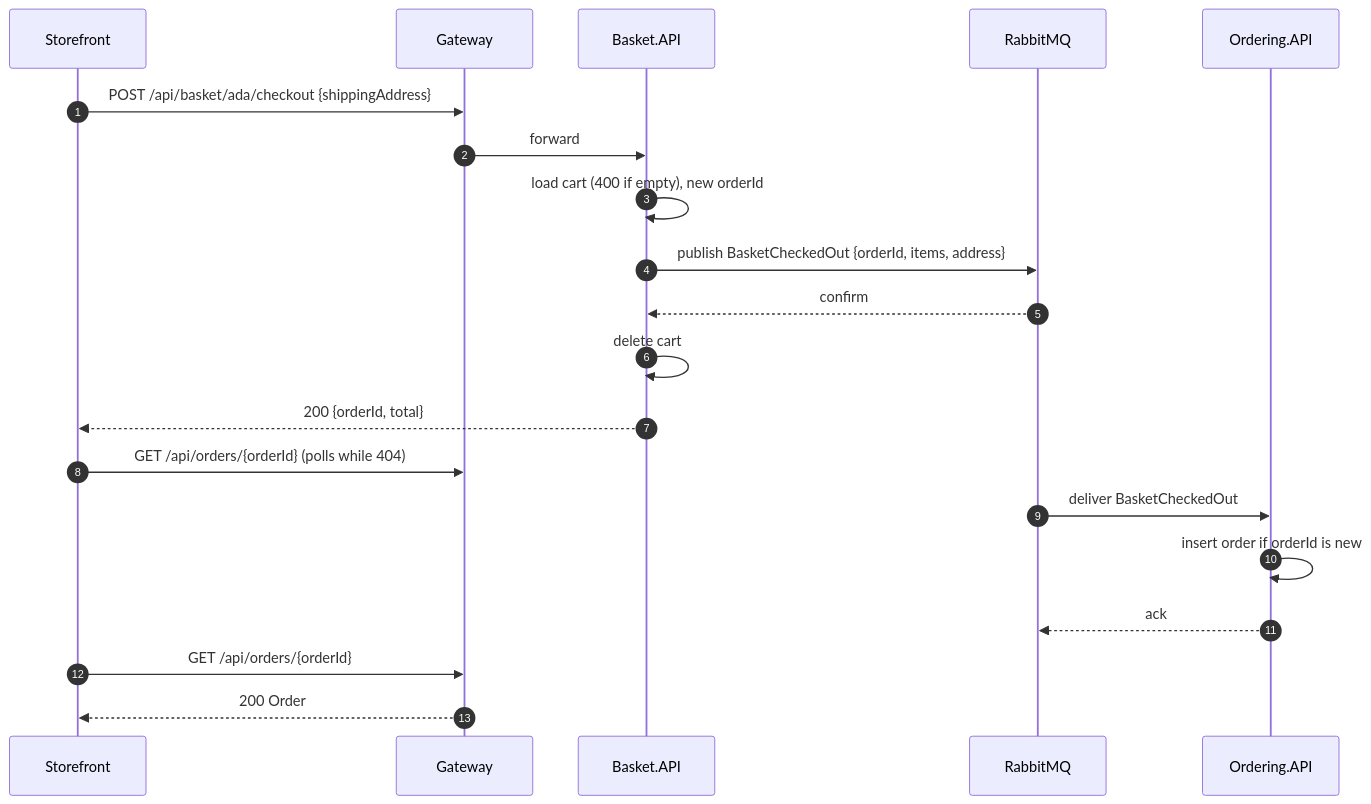
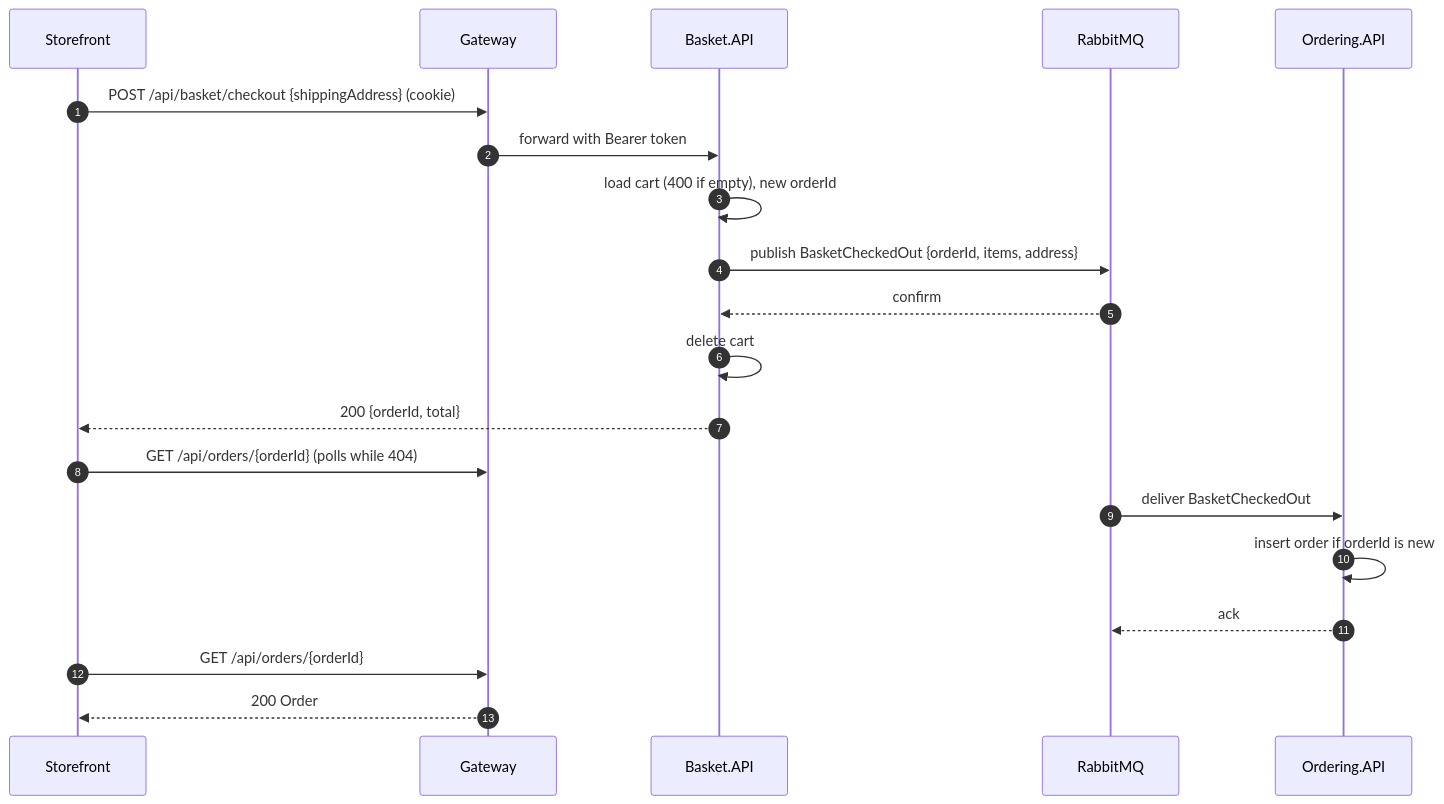
Before and after one commit to dejanciev-dev/aspnetcore-microservices: the eighth of 8 diagrams in docs/architecture.md, drawn with Mermaid. The commit also changed other lines of this file and 4 other files, not shown here.

````diff
--- a/docs/architecture.md
+++ b/docs/architecture.md
@@ -306,23 +401,23 @@
 ```mermaid
 sequenceDiagram
     autonumber
     participant UI as Storefront
     participant GW as Gateway
     participant B as Basket.API
     participant MQ as RabbitMQ
     participant O as Ordering.API
 
-    UI->>GW: POST /api/basket/ada/checkout {shippingAddress}
-    GW->>B: forward
+    UI->>GW: POST /api/basket/checkout {shippingAddress} (cookie)
+    GW->>B: forward with Bearer token
     B->>B: load cart (400 if empty), new orderId
     B->>MQ: publish BasketCheckedOut {orderId, items, address}
     MQ-->>B: confirm
     B->>B: delete cart
     B-->>UI: 200 {orderId, total}
     UI->>GW: GET /api/orders/{orderId} (polls while 404)
     MQ->>O: deliver BasketCheckedOut
     O->>O: insert order if orderId is new
     O-->>MQ: ack
     UI->>GW: GET /api/orders/{orderId}
     GW-->>UI: 200 Order
 ```
````
